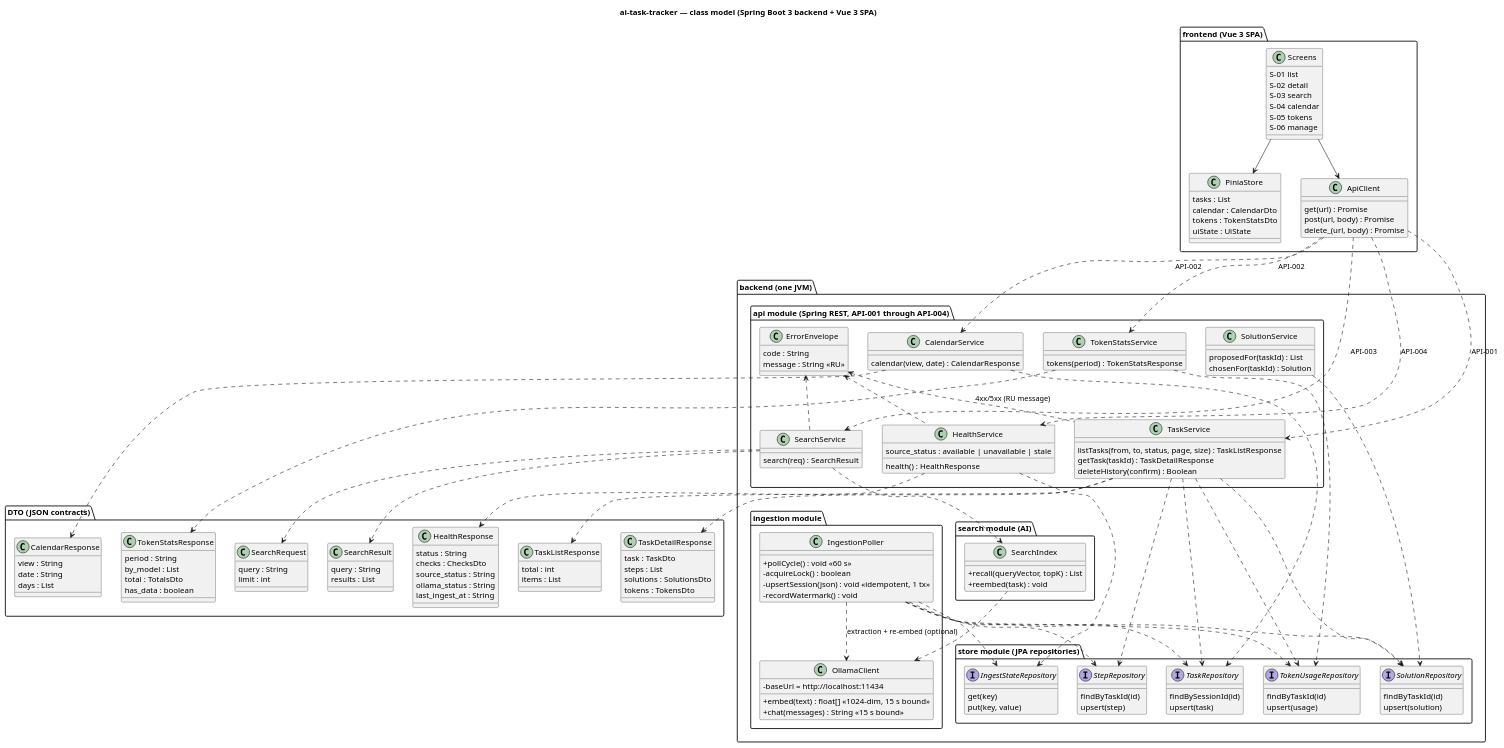
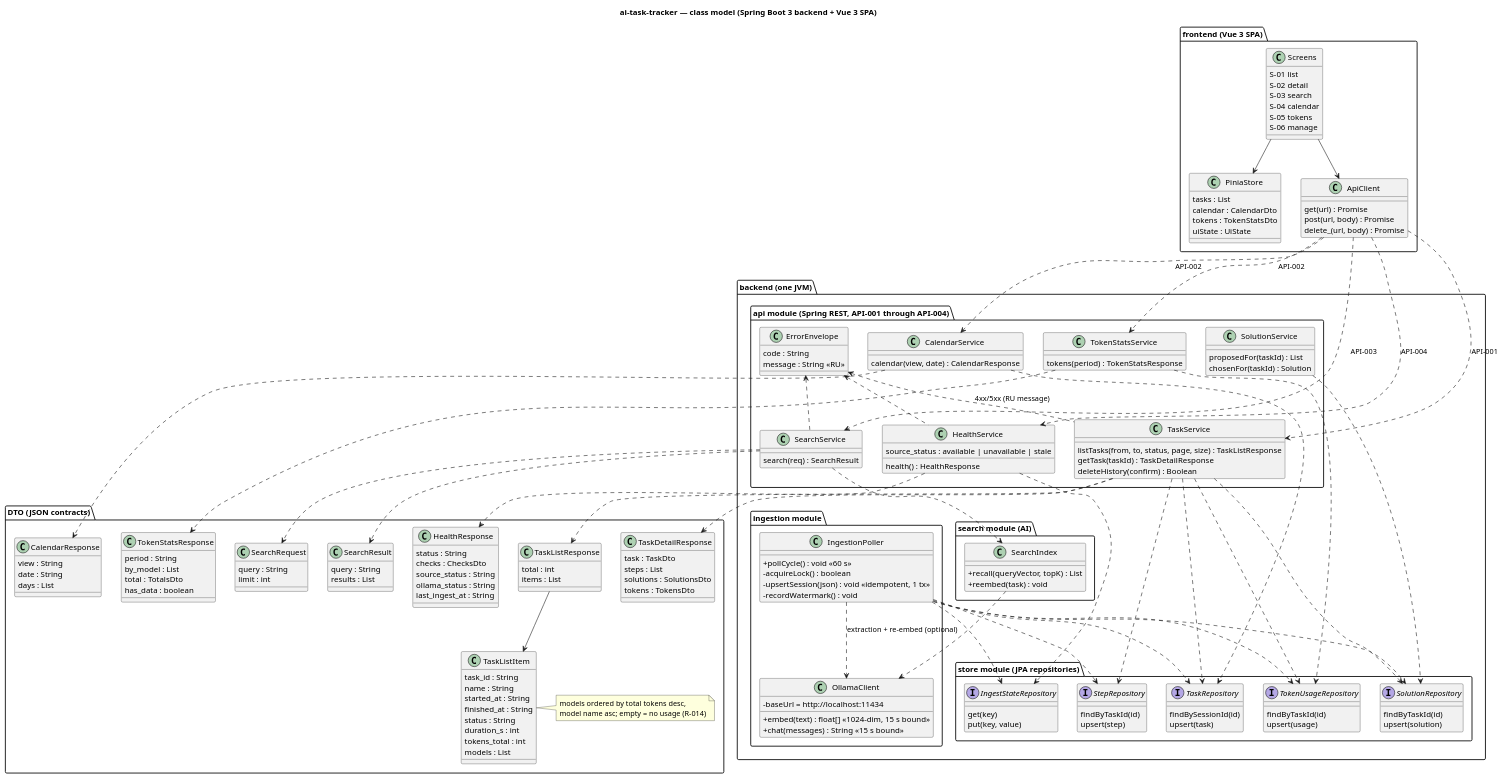
One commit to serge-sasov/ai-task-tracker changed the diagram in docs/architecture/class-ai-task-tracker.puml. Above: the diagram before and after it, drawn with PlantUML. The commit also changed 12 other files, not shown here.

```diff
--- a/docs/architecture/class-ai-task-tracker.puml
+++ b/docs/architecture/class-ai-task-tracker.puml
@@ -1,175 +1,187 @@
 @startuml class-ai-task-tracker
 ' T-007 R-02 — class model (architecture-ai-task-tracker.md §Class model)
 skinparam classAttributeIconSize 0
 title ai-task-tracker — class model (Spring Boot 3 backend + Vue 3 SPA)
 
 package "backend (one JVM)" {
   package "api module (Spring REST, API-001 through API-004)" {
     class TaskService {
       listTasks(from, to, status, page, size) : TaskListResponse
       getTask(taskId) : TaskDetailResponse
       deleteHistory(confirm) : Boolean
     }
     class SolutionService {
       proposedFor(taskId) : List
       chosenFor(taskId) : Solution
     }
     class CalendarService {
       calendar(view, date) : CalendarResponse
     }
     class TokenStatsService {
       tokens(period) : TokenStatsResponse
     }
     class SearchService {
       search(req) : SearchResult
     }
     class HealthService {
       health() : HealthResponse
       source_status : available | unavailable | stale
     }
     class ErrorEnvelope {
       code : String
       message : String «RU»
     }
   }
 
   package "ingestion module" {
     class IngestionPoller {
       + pollCycle() : void «60 s»
       - acquireLock() : boolean
       - upsertSession(json) : void «idempotent, 1 tx»
       - recordWatermark() : void
     }
     class OllamaClient {
       + embed(text) : float[] «1024-dim, 15 s bound»
       + chat(messages) : String «15 s bound»
       - baseUrl = http://localhost:11434
     }
   }
 
   package "store module (JPA repositories)" {
     interface TaskRepository {
       findBySessionId(id)
       upsert(task)
     }
     interface StepRepository {
       findByTaskId(id)
       upsert(step)
     }
     interface SolutionRepository {
       findByTaskId(id)
       upsert(solution)
     }
     interface TokenUsageRepository {
       findByTaskId(id)
       upsert(usage)
     }
     interface IngestStateRepository {
       get(key)
       put(key, value)
     }
   }
 
   package "search module (AI)" {
     class SearchIndex {
       + recall(queryVector, topK) : List
       + reembed(task) : void
     }
   }
 }
 
 package "DTO (JSON contracts)" {
   class TaskListResponse {
     total : int
     items : List
   }
+  class TaskListItem {
+    task_id : String
+    name : String
+    started_at : String
+    finished_at : String
+    status : String
+    duration_s : int
+    tokens_total : int
+    models : List
+  }
+  TaskListResponse --> TaskListItem
+  note right of TaskListItem : models ordered by total tokens desc,\nmodel name asc; empty = no usage (R-014)
   class TaskDetailResponse {
     task : TaskDto
     steps : List
     solutions : SolutionsDto
     tokens : TokensDto
   }
   class SearchRequest {
     query : String
     limit : int
   }
   class SearchResult {
     query : String
     results : List
   }
   class CalendarResponse {
     view : String
     date : String
     days : List
   }
   class TokenStatsResponse {
     period : String
     by_model : List
     total : TotalsDto
     has_data : boolean
   }
   class HealthResponse {
     status : String
     checks : ChecksDto
     source_status : String
     ollama_status : String
     last_ingest_at : String
   }
 }
 
 package "frontend (Vue 3 SPA)" {
   class PiniaStore {
     tasks : List
     calendar : CalendarDto
     tokens : TokenStatsDto
     uiState : UiState
   }
   class ApiClient {
     get(url) : Promise
     post(url, body) : Promise
     delete_(url, body) : Promise
   }
   class Screens {
     S-01 list
     S-02 detail
     S-03 search
     S-04 calendar
     S-05 tokens
     S-06 manage
   }
 }
 
 TaskService ..> TaskRepository
 TaskService ..> StepRepository
 TaskService ..> SolutionRepository
 TaskService ..> TokenUsageRepository
 SolutionService ..> SolutionRepository
 CalendarService ..> TaskRepository
 TokenStatsService ..> TokenUsageRepository
 HealthService ..> IngestStateRepository
 SearchService ..> SearchIndex
 SearchIndex ..> OllamaClient
 IngestionPoller ..> OllamaClient : extraction + re-embed (optional)
 IngestionPoller ..> TaskRepository
 IngestionPoller ..> StepRepository
 IngestionPoller ..> SolutionRepository
 IngestionPoller ..> TokenUsageRepository
 IngestionPoller ..> IngestStateRepository
 TaskService ..> TaskListResponse
 TaskService ..> TaskDetailResponse
 SearchService ..> SearchRequest
 SearchService ..> SearchResult
 CalendarService ..> CalendarResponse
 TokenStatsService ..> TokenStatsResponse
 HealthService ..> HealthResponse
 Screens --> PiniaStore
 Screens --> ApiClient
 ApiClient ..> TaskService : API-001
 ApiClient ..> CalendarService : API-002
 ApiClient ..> TokenStatsService : API-002
 ApiClient ..> SearchService : API-003
 ApiClient ..> HealthService : API-004
 ErrorEnvelope <.. TaskService : 4xx/5xx (RU message)
 ErrorEnvelope <.. SearchService
 ErrorEnvelope <.. HealthService
 @enduml
```
